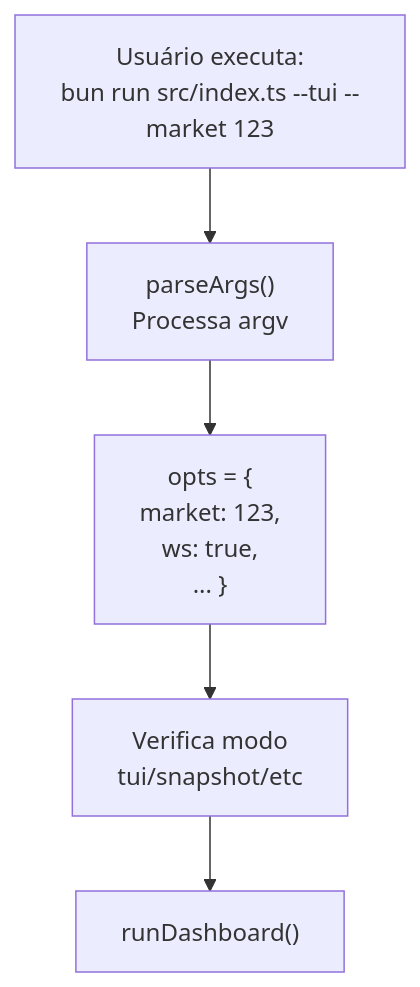
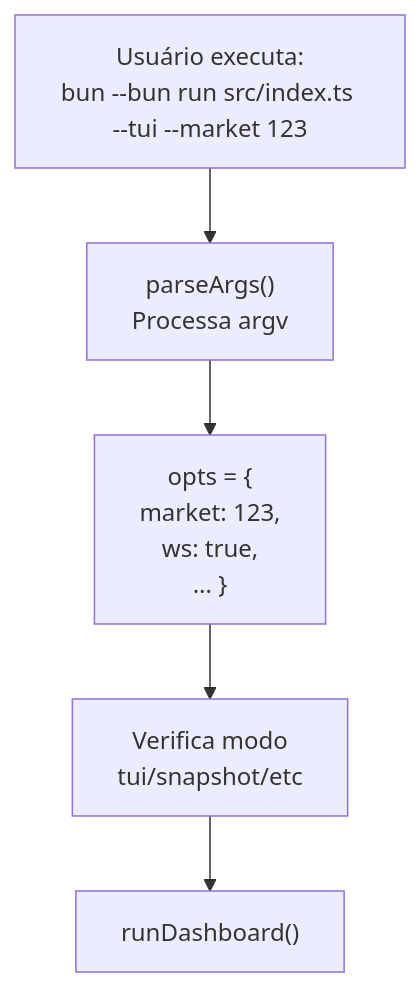
Before and after one commit to mneves75/polymarket-analyzer: the fourth of 11 diagrams in docs/learn/02-arquitetura-estrutura.md, drawn with Mermaid. The commit also changed other lines of this file and 10 other files, not shown here.

First line of the commit message:
docs: Update all bun run commands to use --bun flag

````diff
--- a/docs/learn/02-arquitetura-estrutura.md
+++ b/docs/learn/02-arquitetura-estrutura.md
@@ -285,13 +285,13 @@
 ```mermaid
 graph TD
-    A["Usuário executa:<br/>bun run src/index.ts --tui --market 123"]
+    A["Usuário executa:<br/>bun --bun run src/index.ts --tui --market 123"]
     B["parseArgs()<br/>Processa argv"]
     C["opts = {<br/>market: 123,<br/>ws: true,<br/>... }"]
     D["Verifica modo<br/>tui/snapshot/etc"]
     E["runDashboard()"]
 
     A --> B
     B --> C
     C --> D
     D --> E
 ```
````
